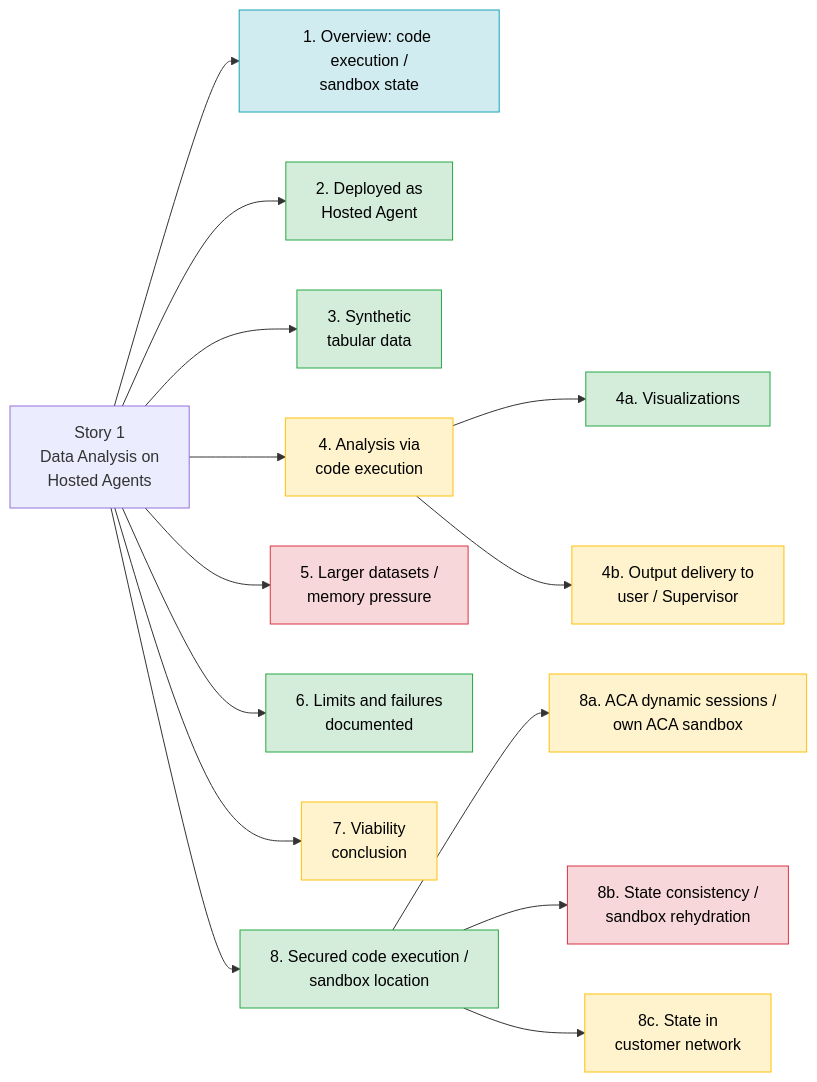
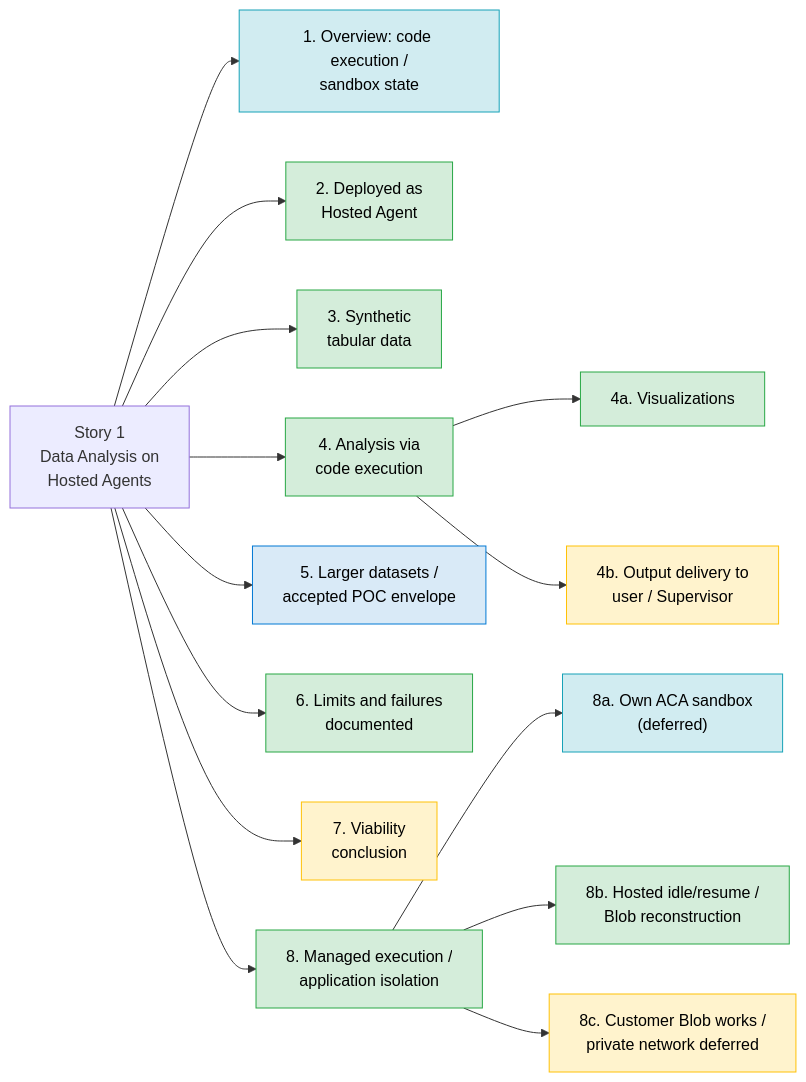
The diagram in docs/issue-1-validate-hosted-agent-memory-and-data-analysis-capacity.md (wxifaras/hosted-agents-poc), drawn with Mermaid before and after one commit. The commit also changed other lines of this file and 3 other files, not shown here.

First line of the commit message:
docs(story1): update status summary and link HTML preview

````diff
--- a/docs/issue-1-validate-hosted-agent-memory-and-data-analysis-capacity.md
+++ b/docs/issue-1-validate-hosted-agent-memory-and-data-analysis-capacity.md
@@ -188,23 +149,25 @@
 ```mermaid
 flowchart LR
+    accTitle: Story 1 current POC status
+    accDescr: Native analysis and scoped isolation and recovery are demonstrated. The measured capacity envelope is accepted for the POC. Supervisor delivery remains partial, and custom infrastructure is deferred.
     S1["Story 1<br/>Data Analysis on<br/>Hosted Agents"]
 
     S1 --> R1["1. Overview: code execution /<br/>sandbox state"]:::info
     S1 --> R2["2. Deployed as<br/>Hosted Agent"]:::ok
     S1 --> R3["3. Synthetic<br/>tabular data"]:::ok
-    S1 --> R4["4. Analysis via<br/>code execution"]:::partial
+    S1 --> R4["4. Analysis via<br/>code execution"]:::ok
     R4 --> R4a["4a. Visualizations"]:::ok
     R4 --> R4b["4b. Output delivery to<br/>user / Supervisor"]:::partial
-    S1 --> R5["5. Larger datasets /<br/>memory pressure"]:::gap
+    S1 --> R5["5. Larger datasets /<br/>accepted POC envelope"]:::accepted
     S1 --> R6["6. Limits and failures<br/>documented"]:::ok
     S1 --> R7["7. Viability<br/>conclusion"]:::partial
-    S1 --> R8["8. Secured code execution /<br/>sandbox location"]:::ok
-    R8 --> R8a["8a. ACA dynamic sessions /<br/>own ACA sandbox"]:::partial
-    R8 --> R8b["8b. State consistency /<br/>sandbox rehydration"]:::gap
-    R8 --> R8c["8c. State in<br/>customer network"]:::partial
+    S1 --> R8["8. Managed execution /<br/>application isolation"]:::ok
+    R8 --> R8a["8a. Own ACA sandbox<br/>(deferred)"]:::info
+    R8 --> R8b["8b. Hosted idle/resume /<br/>Blob reconstruction"]:::ok
+    R8 --> R8c["8c. Customer Blob works /<br/>private network deferred"]:::partial
 
     classDef info fill:#d1ecf1,stroke:#17a2b8,color:#000
     classDef ok fill:#d4edda,stroke:#28a745,color:#000
+    classDef accepted fill:#d9eaf7,stroke:#0078d4,color:#000
     classDef partial fill:#fff3cd,stroke:#ffc107,color:#000
-    classDef gap fill:#f8d7da,stroke:#dc3545,color:#000
 ```
````
